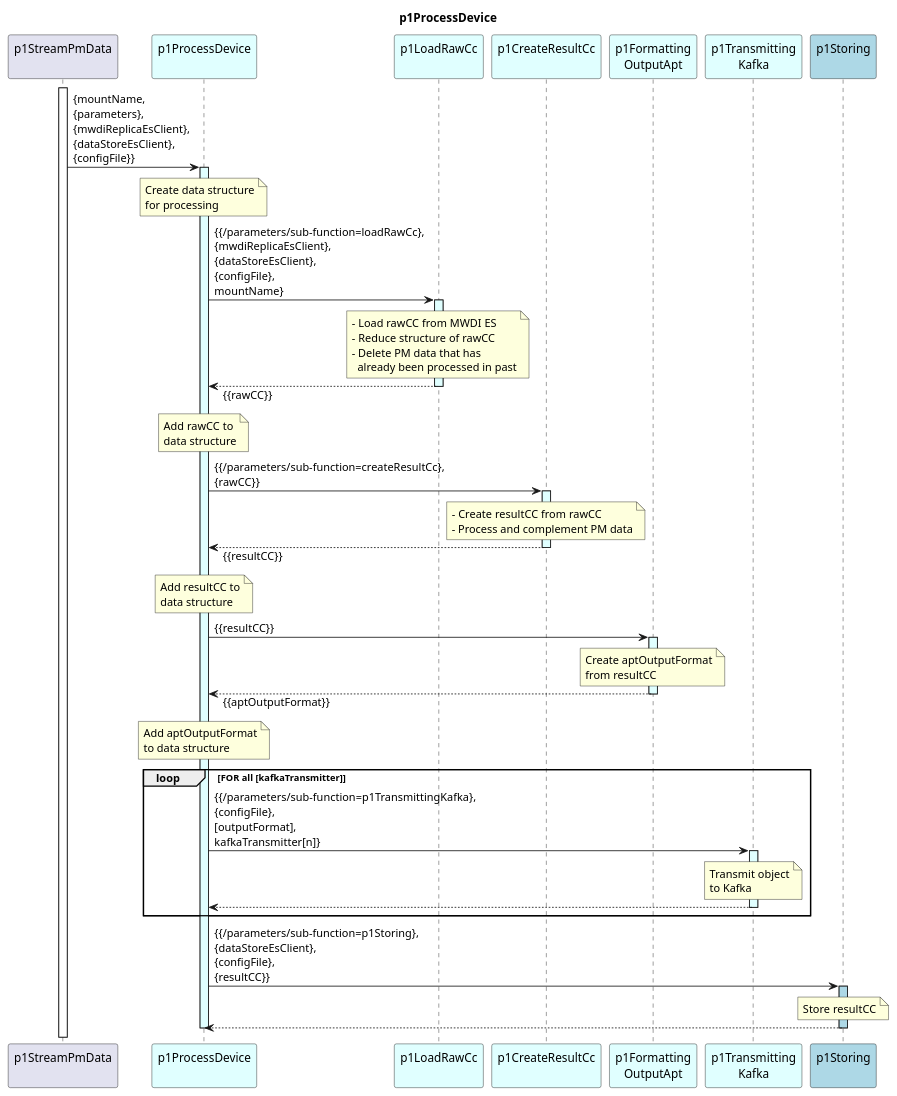
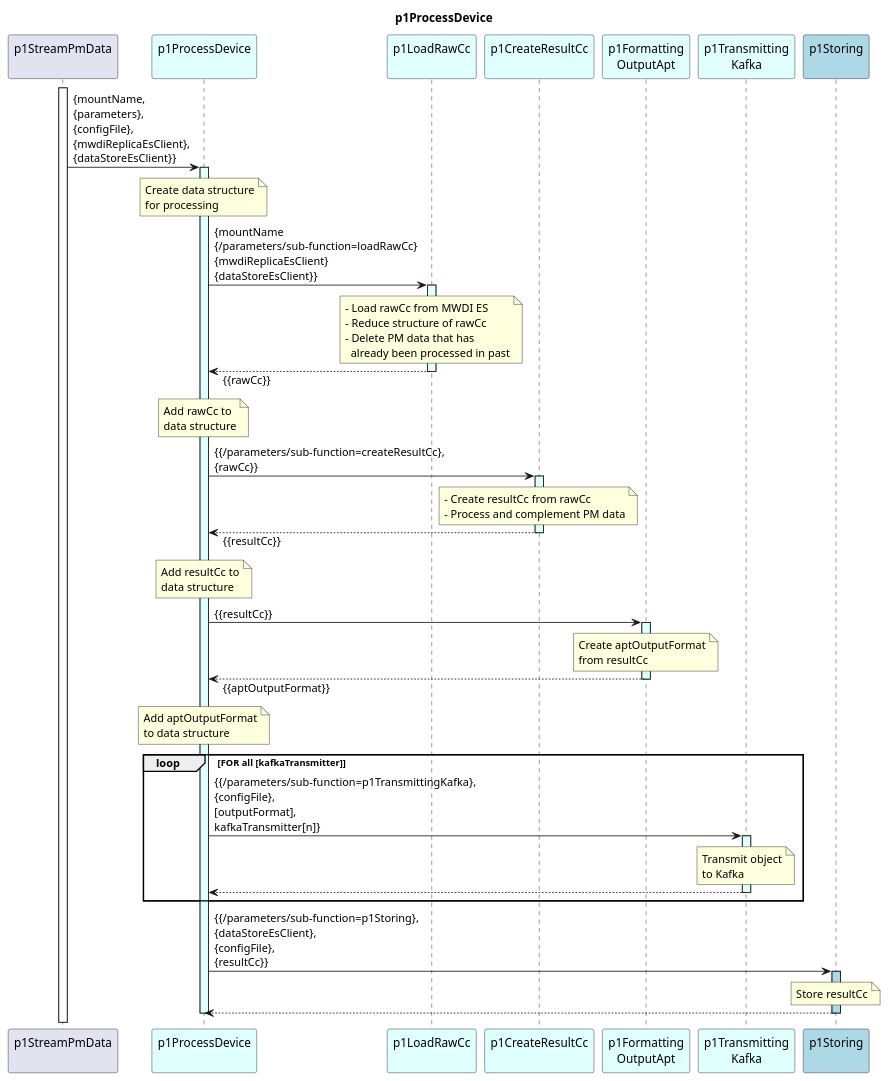
One commit to openBackhaul/DevicePerformanceManagementDataProcessor changed the diagram in spec/Functions/specificFunctions/p1StreamPmData/p1ProcessDevice/1.0.0/p1ProcessDevice.plantuml. Above: the diagram before and after it, drawn with PlantUML. The commit also changed 15 other files, not shown here.

```diff
--- a/spec/Functions/specificFunctions/p1StreamPmData/p1ProcessDevice/1.0.0/p1ProcessDevice.plantuml
+++ b/spec/Functions/specificFunctions/p1StreamPmData/p1ProcessDevice/1.0.0/p1ProcessDevice.plantuml
@@ -1,104 +1,104 @@
 @startuml p1ProcessDevice
 skinparam responseMessageBelowArrow true
 
 title
   p1ProcessDevice
 end title
 
 participant "p1StreamPmData\n" as requestor
 participant "p1ProcessDevice\n" as p1ProOrch #LightCyan
 participant "p1LoadRawCc\n" as p1AddRaw #LightCyan
 participant "p1CreateResultCc\n" as p1CRC #LightCyan
 participant "p1Formatting\nOutputApt" as p1Output #LightCyan
 participant "p1Transmitting\nKafka" as p1Trans #LightCyan
 participant "p1Storing\n" as p1Store #LightBlue
 
 
 activate requestor
 
-requestor -> p1ProOrch : {mountName,\n{parameters},\n{mwdiReplicaEsClient},\n{dataStoreEsClient},\n{configFile}}
+requestor -> p1ProOrch : {mountName,\n{parameters},\n{configFile},\n{mwdiReplicaEsClient},\n{dataStoreEsClient}}
 activate p1ProOrch #LightCyan
 
   note over p1ProOrch
     Create data structure
     for processing
   end note
 
-  p1ProOrch -> p1AddRaw : {{/parameters/sub-function=loadRawCc},\n{mwdiReplicaEsClient},\n{dataStoreEsClient},\n{configFile},\nmountName}
+  p1ProOrch -> p1AddRaw : {mountName\n{/parameters/sub-function=loadRawCc}\n{mwdiReplicaEsClient}\n{dataStoreEsClient}}
   activate p1AddRaw #LightCyan
 
     note over p1AddRaw
-      - Load rawCC from MWDI ES
-      - Reduce structure of rawCC
+      - Load rawCc from MWDI ES
+      - Reduce structure of rawCc
       - Delete PM data that has
         already been processed in past
     end note
 
-  p1ProOrch <-- p1AddRaw : {{rawCC}}
+  p1ProOrch <-- p1AddRaw : {{rawCc}}
   deactivate p1AddRaw
 
   note over p1ProOrch
-    Add rawCC to
+    Add rawCc to
     data structure
   end note
 
-  p1ProOrch -> p1CRC : {{/parameters/sub-function=createResultCc},\n{rawCC}}
+  p1ProOrch -> p1CRC : {{/parameters/sub-function=createResultCc},\n{rawCc}}
   activate p1CRC #LightCyan
 
     note over p1CRC
-      - Create resultCC from rawCC
+      - Create resultCc from rawCc
       - Process and complement PM data
     end note
 
-  p1ProOrch <-- p1CRC : {{resultCC}}
+  p1ProOrch <-- p1CRC : {{resultCc}}
   deactivate p1CRC
 
   note over p1ProOrch
-    Add resultCC to
+    Add resultCc to
     data structure
   end note
 
-  p1ProOrch -> p1Output : {{resultCC}}
+  p1ProOrch -> p1Output : {{resultCc}}
   activate p1Output #LightCyan
 
     note over p1Output
       Create aptOutputFormat
-      from resultCC
+      from resultCc
     end note
 
   p1ProOrch <-- p1Output : {{aptOutputFormat}}
   deactivate p1Output
 
   note over p1ProOrch
     Add aptOutputFormat
     to data structure
   end note
 
   loop FOR all [kafkaTransmitter]
 
     p1ProOrch -> p1Trans : {{/parameters/sub-function=p1TransmittingKafka},\n{configFile},\n[outputFormat],\nkafkaTransmitter[n]}
     activate p1Trans #LightCyan
 
       note over p1Trans
         Transmit object
         to Kafka
       end note
 
     p1ProOrch <-- p1Trans
     deactivate p1Trans
 
   end loop
 
-  p1ProOrch -> p1Store : {{/parameters/sub-function=p1Storing},\n{dataStoreEsClient},\n{configFile},\n{resultCC}}
+  p1ProOrch -> p1Store : {{/parameters/sub-function=p1Storing},\n{dataStoreEsClient},\n{configFile},\n{resultCc}}
   activate p1Store #LightBlue
 
     note over p1Store
-      Store resultCC
+      Store resultCc
     end note
 
   p1ProOrch <-- p1Store
   deactivate p1Store
 
 deactivate p1ProOrch
 
 @enduml
```
